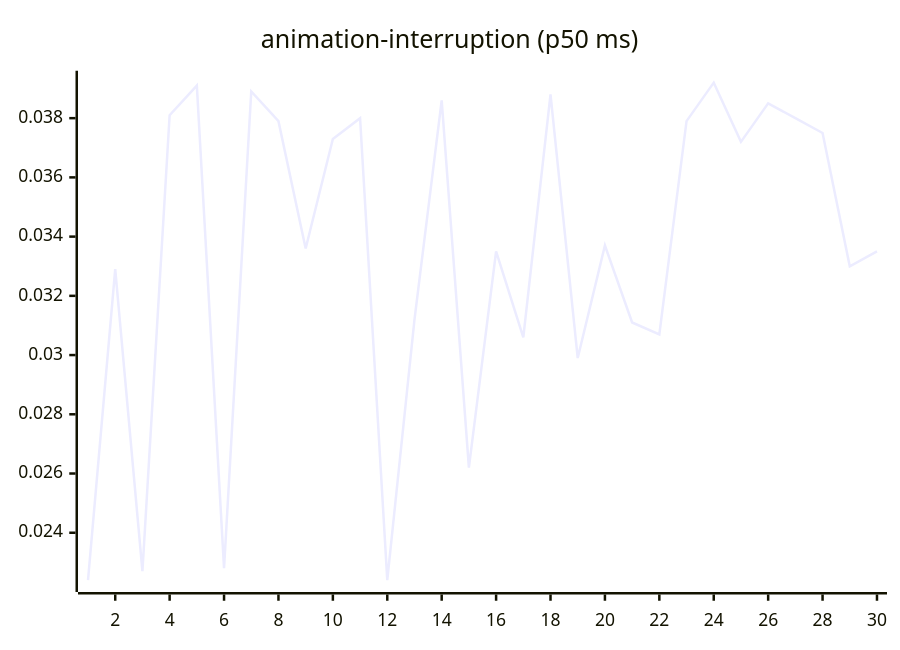
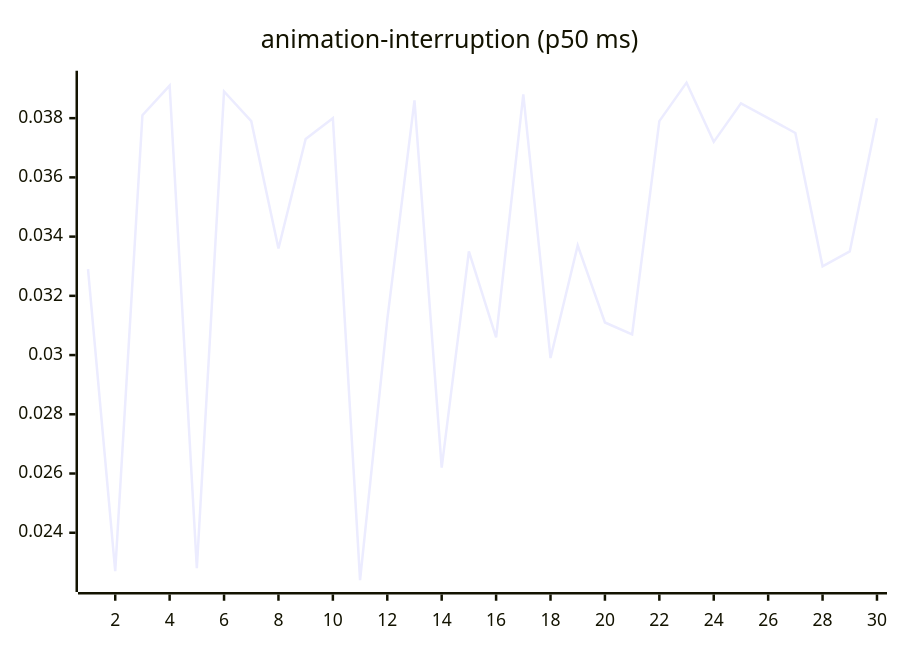
Before and after one commit to josha/Facet: the third of 27 diagrams in README.md, drawn with Mermaid. The commit also changed other lines of this file and 2 other files, not shown here.

````diff
--- a/README.md
+++ b/README.md
@@ -77,6 +77,6 @@
 ```mermaid
 xychart-beta
     title "animation-interruption (p50 ms)"
     x-axis 1 --> 30
-    line [0.0224, 0.0329, 0.0227, 0.0381, 0.0391, 0.0228, 0.0389, 0.0379, 0.0336, 0.0373, 0.0380, 0.0224, 0.0312, 0.0386, 0.0262, 0.0335, 0.0306, 0.0388, 0.0299, 0.0337, 0.0311, 0.0307, 0.0379, 0.0392, 0.0372, 0.0385, 0.0380, 0.0375, 0.0330, 0.0335]
+    line [0.0329, 0.0227, 0.0381, 0.0391, 0.0228, 0.0389, 0.0379, 0.0336, 0.0373, 0.0380, 0.0224, 0.0312, 0.0386, 0.0262, 0.0335, 0.0306, 0.0388, 0.0299, 0.0337, 0.0311, 0.0307, 0.0379, 0.0392, 0.0372, 0.0385, 0.0380, 0.0375, 0.0330, 0.0335, 0.0380]
 ```
````
